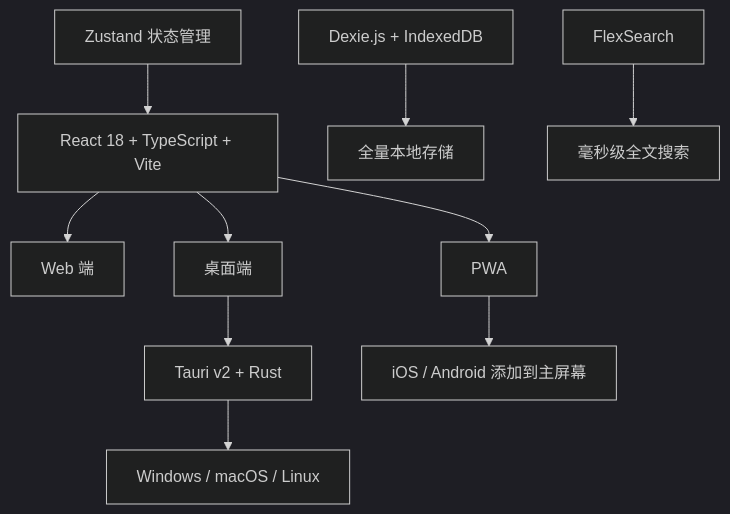
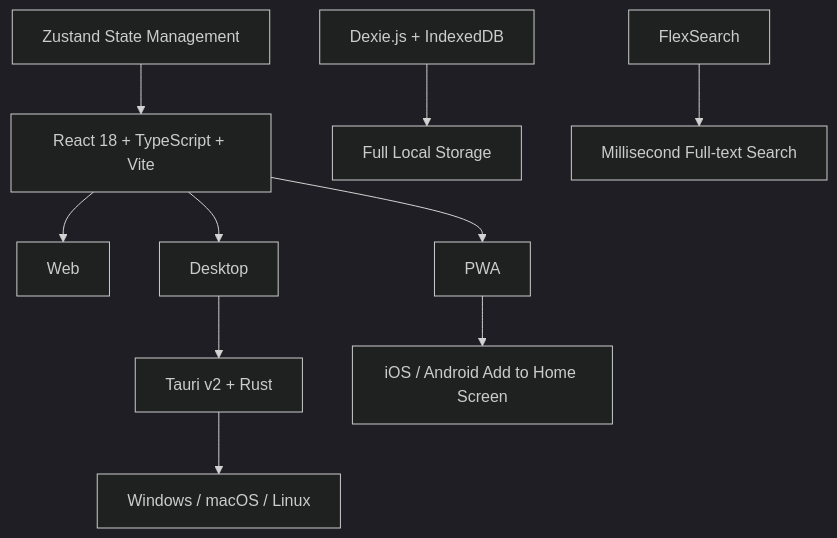
Before and after one commit to leoyim/KingBird: the diagram in README.md, drawn with Mermaid (dark theme). The commit also changed other lines of this file and 14 other files, not shown here.

````diff
--- a/README.md
+++ b/README.md
@@ -19,12 +29,12 @@
 ```mermaid
 graph TD
-    A[React 18 + TypeScript + Vite] --> B[Web 端]
-    A --> C[桌面端]
+    A[React 18 + TypeScript + Vite] --> B[Web]
+    A --> C[Desktop]
     C --> D[Tauri v2 + Rust]
     D --> E[Windows / macOS / Linux]
     A --> F[PWA]
-    F --> G[iOS / Android 添加到主屏幕]
-    H[Zustand 状态管理] --> A
-    I[Dexie.js + IndexedDB] --> J[全量本地存储]
-    K[FlexSearch] --> L[毫秒级全文搜索]
+    F --> G[iOS / Android Add to Home Screen]
+    H[Zustand State Management] --> A
+    I[Dexie.js + IndexedDB] --> J[Full Local Storage]
+    K[FlexSearch] --> L[Millisecond Full-text Search]
 ```
````
